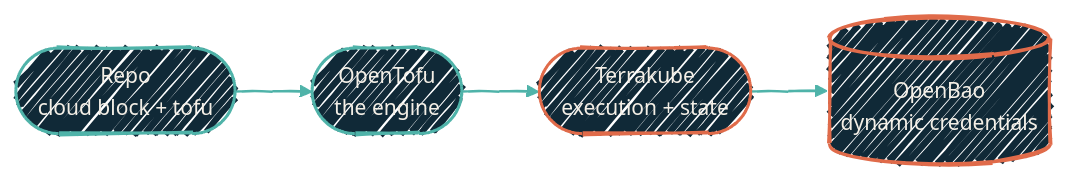
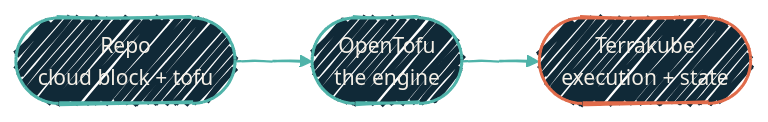
The diagram in infrastructure/iac-tooling.mdx (dryvist/docs), drawn with Mermaid before and after one commit. The commit also changed other lines of this file and 63 other files, not shown here.

````diff
--- a/infrastructure/iac-tooling.mdx
+++ b/infrastructure/iac-tooling.mdx
@@ -12,19 +12,18 @@
 ```mermaid
 %%{init:
   {'theme':'base','look':'handDrawn','themeVariables':{'fontFamily':'Geist','fontSize':'14px','primaryColor':'#102937','primaryTextColor':'#F4EFE6','primaryBorderColor':'#4FB3A9','lineColor':'#4FB3A9','secondaryColor':'#0B1D2A','tertiaryColor':'#1A2A38','clusterBkg':'rgba(79,179,169,0.08)','clusterBorder':'#4FB3A9'}}}%%
 flowchart LR
   Repo([Repo<br/>cloud block + tofu])
   Engine([OpenTofu<br/>the engine])
   Terrakube([Terrakube<br/>execution + state])
-  Bao[(OpenBao<br/>dynamic credentials)]
 
-  Repo --> Engine --> Terrakube --> Bao
+  Repo --> Engine --> Terrakube
 
   classDef edge    fill:#102937,stroke:#4FB3A9,stroke-width:2px,color:#F4EFE6;
   classDef control fill:#102937,stroke:#E06B4A,stroke-width:2px,color:#F4EFE6;
 
   class Repo,Engine edge
-  class Terrakube,Bao control
+  class Terrakube control
 
   linkStyle default stroke:#4FB3A9,stroke-width:1.5px;
 ```
````
